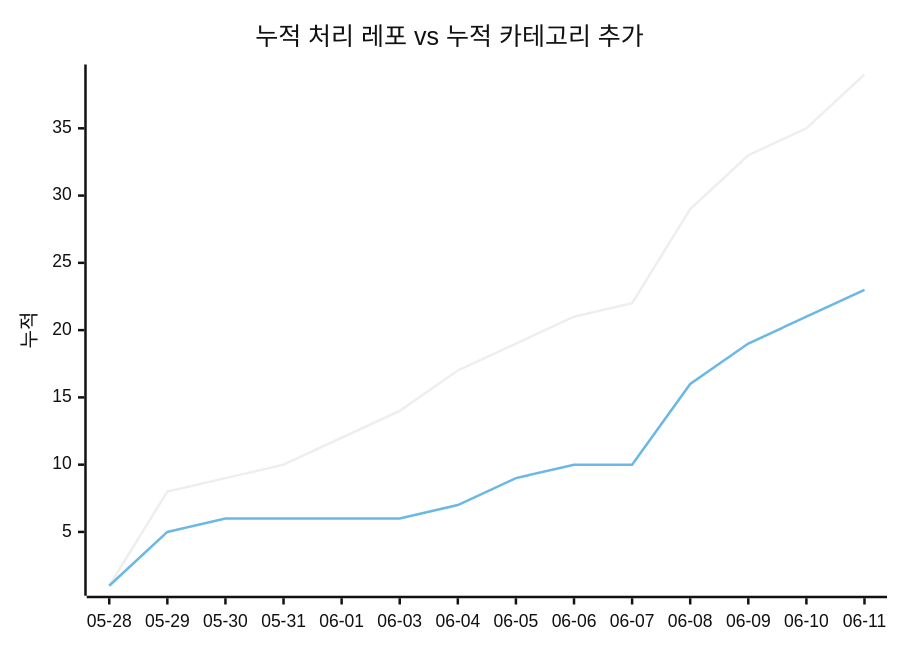
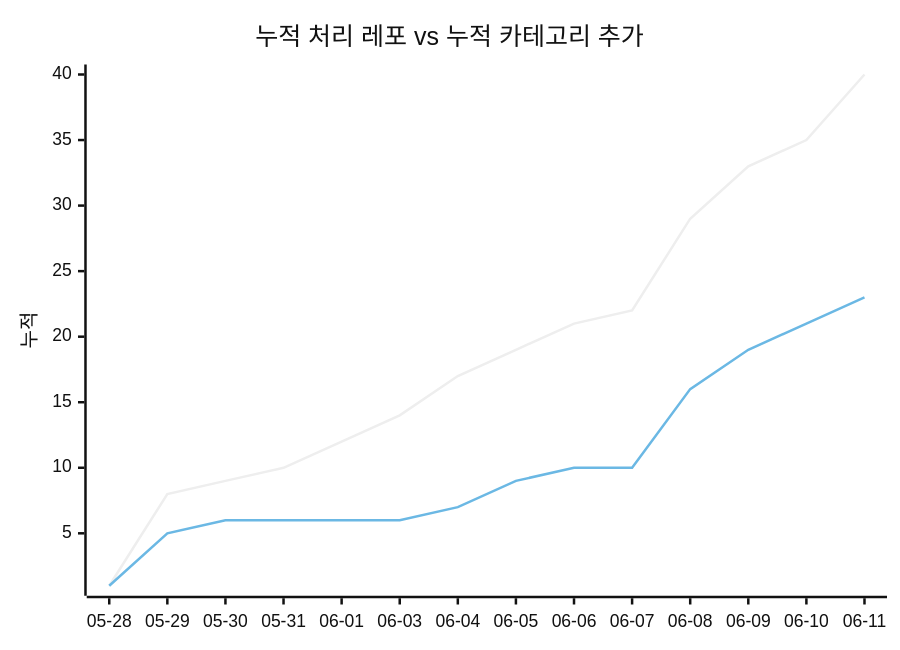
One commit to J-nowcow/awesome-korean-agent-skills changed the second of 2 diagrams in docs/trends.md. Above: the diagram before and after it, drawn with Mermaid (neutral theme). The commit also changed other lines of this file and 2 other files, not shown here.

````diff
--- a/docs/trends.md
+++ b/docs/trends.md
@@ -68,8 +68,8 @@
 ```mermaid
 xychart-beta
     title "누적 처리 레포 vs 누적 카테고리 추가"
     x-axis ["05-28","05-29","05-30","05-31","06-01","06-03","06-04","06-05","06-06","06-07","06-08","06-09","06-10","06-11"]
     y-axis "누적"
-    line [1,8,9,10,12,14,17,19,21,22,29,33,35,39]
+    line [1,8,9,10,12,14,17,19,21,22,29,33,35,40]
     line [1,5,6,6,6,6,7,9,10,10,16,19,21,23]
 ```
````
